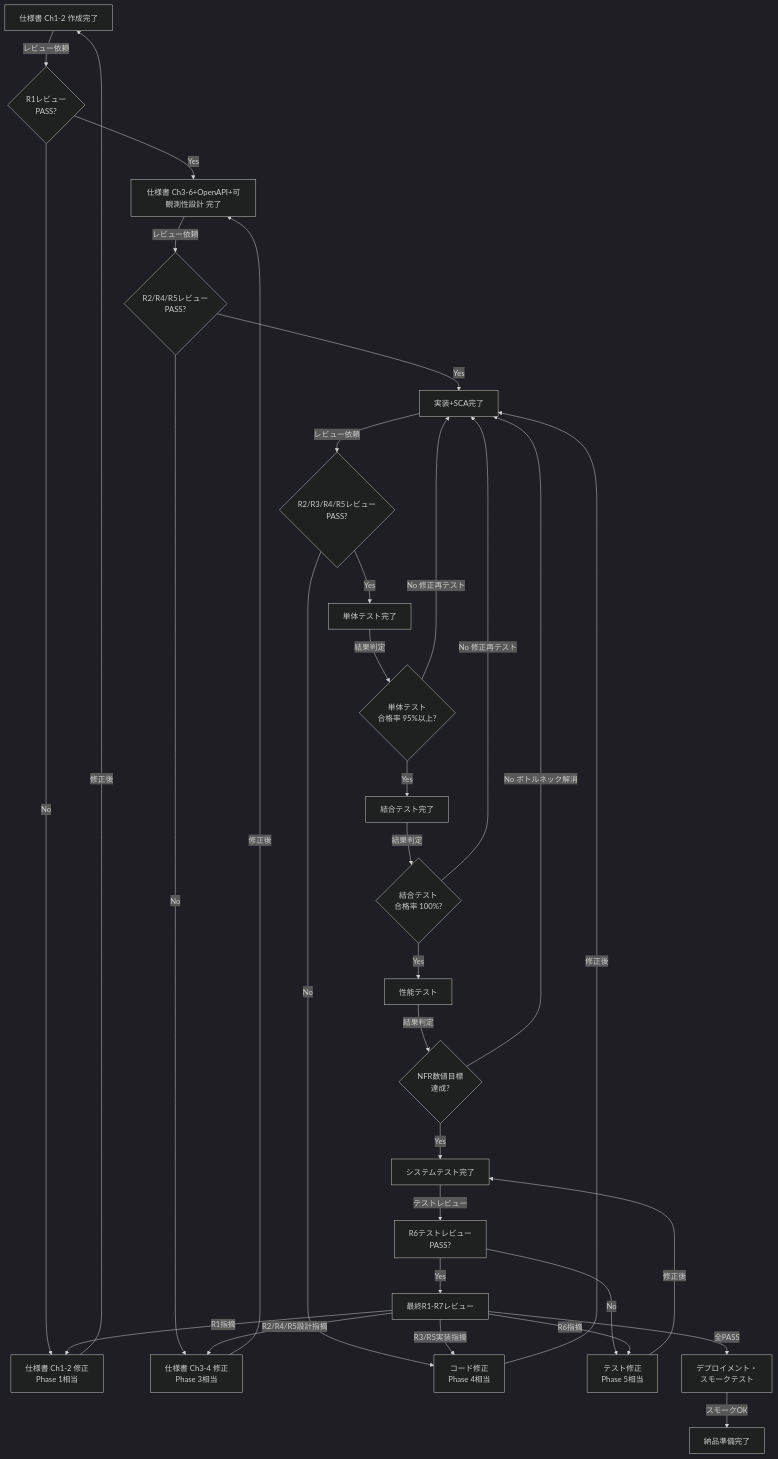
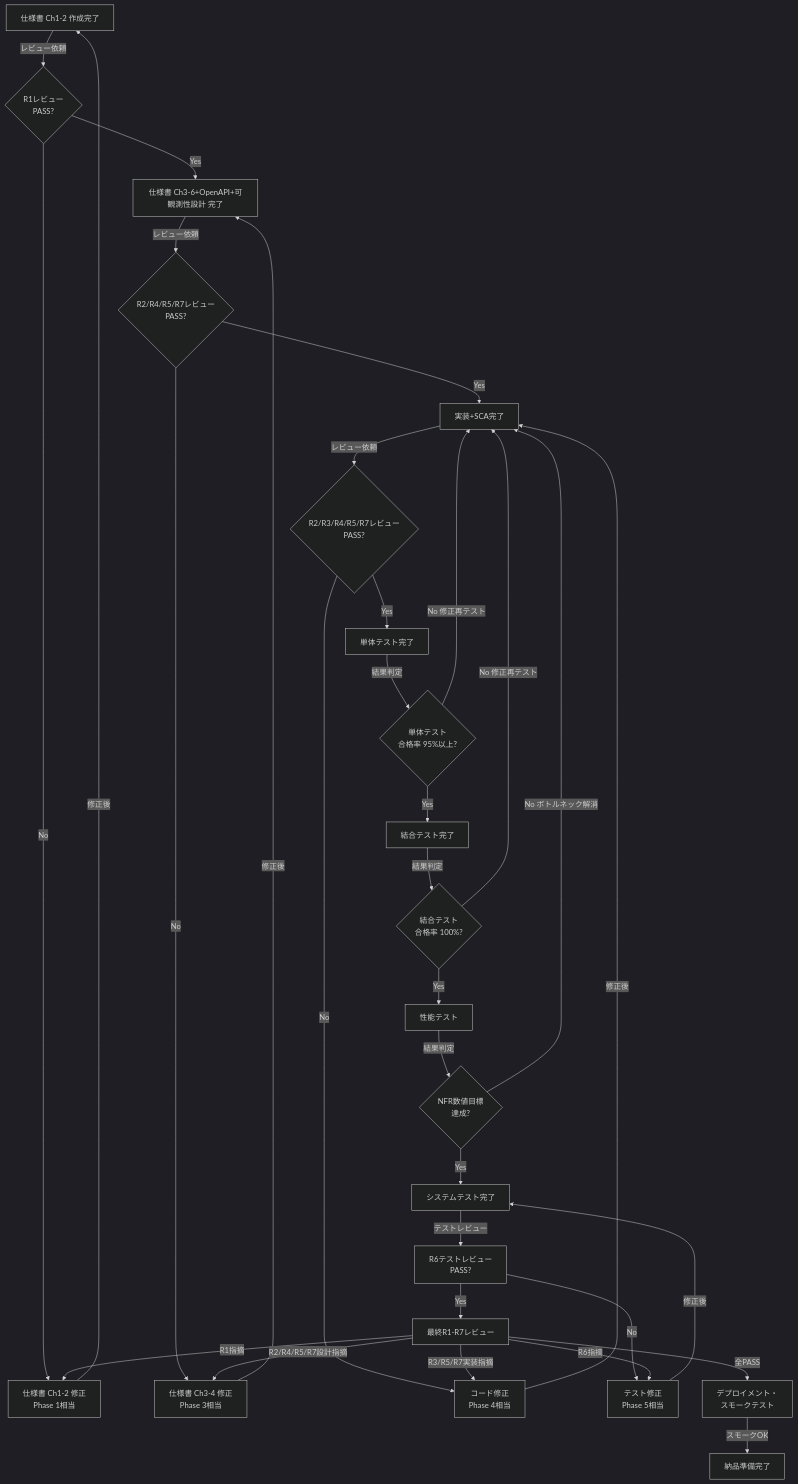
The ninth of 12 diagrams in framework-src/ja/process-rules/full-auto-dev-process-rules.md (GoodRelax/gr-sw-maker), drawn with Mermaid (dark theme) before and after one commit. The commit also changed other lines of this file and 17 other files, not shown here.

````diff
--- a/framework-src/ja/process-rules/full-auto-dev-process-rules.md
+++ b/framework-src/ja/process-rules/full-auto-dev-process-rules.md
@@ -1907,56 +1907,56 @@
 ```mermaid
 flowchart TD
     Spec1["仕様書 Ch1-2 作成完了"]
     Spec1_Review{"R1レビュー<br/>PASS?"}
     Spec2["仕様書 Ch3-6+OpenAPI+可観測性設計 完了"]
-    Spec2_Review{"R2/R4/R5レビュー<br/>PASS?"}
+    Spec2_Review{"R2/R4/R5/R7レビュー<br/>PASS?"}
     Impl["実装+SCA完了"]
-    Code_Review{"R2/R3/R4/R5レビュー<br/>PASS?"}
+    Code_Review{"R2/R3/R4/R5/R7レビュー<br/>PASS?"}
     UT["単体テスト完了"]
     UT_Gate{"単体テスト<br/>合格率 95%以上?"}
     IT["結合テスト完了"]
     IT_Gate{"結合テスト<br/>合格率 100%?"}
     PerfT["性能テスト"]
     Perf_Gate{"NFR数値目標<br/>達成?"}
     ST["システムテスト完了"]
     TR["R6テストレビュー<br/>PASS?"]
     Final["最終R1-R7レビュー"]
     R1Fail["仕様書 Ch1-2 修正<br/>Phase 1相当"]
     R2Fail["仕様書 Ch3-4 修正<br/>Phase 3相当"]
     R3Fail["コード修正<br/>Phase 4相当"]
     R6Fail["テスト修正<br/>Phase 5相当"]
     Deploy["デプロイメント・<br/>スモークテスト"]
     Done["納品準備完了"]
 
     Spec1 -->|"レビュー依頼"| Spec1_Review
     Spec1_Review -->|"Yes"| Spec2
     Spec1_Review -->|"No"| R1Fail
     R1Fail -->|"修正後"| Spec1
     Spec2 -->|"レビュー依頼"| Spec2_Review
     Spec2_Review -->|"Yes"| Impl
     Spec2_Review -->|"No"| R2Fail
     R2Fail -->|"修正後"| Spec2
     Impl -->|"レビュー依頼"| Code_Review
     Code_Review -->|"Yes"| UT
     Code_Review -->|"No"| R3Fail
     R3Fail -->|"修正後"| Impl
     UT -->|"結果判定"| UT_Gate
     UT_Gate -->|"Yes"| IT
     UT_Gate -->|"No 修正再テスト"| Impl
     IT -->|"結果判定"| IT_Gate
     IT_Gate -->|"Yes"| PerfT
     IT_Gate -->|"No 修正再テスト"| Impl
     PerfT -->|"結果判定"| Perf_Gate
     Perf_Gate -->|"Yes"| ST
     Perf_Gate -->|"No ボトルネック解消"| Impl
     ST -->|"テストレビュー"| TR
     TR -->|"Yes"| Final
     TR -->|"No"| R6Fail
     R6Fail -->|"修正後"| ST
     Final -->|"R1指摘"| R1Fail
-    Final -->|"R2/R4/R5設計指摘"| R2Fail
-    Final -->|"R3/R5実装指摘"| R3Fail
+    Final -->|"R2/R4/R5/R7設計指摘"| R2Fail
+    Final -->|"R3/R5/R7実装指摘"| R3Fail
     Final -->|"R6指摘"| R6Fail
     Final -->|"全PASS"| Deploy
     Deploy -->|"スモークOK"| Done
 ```
````
